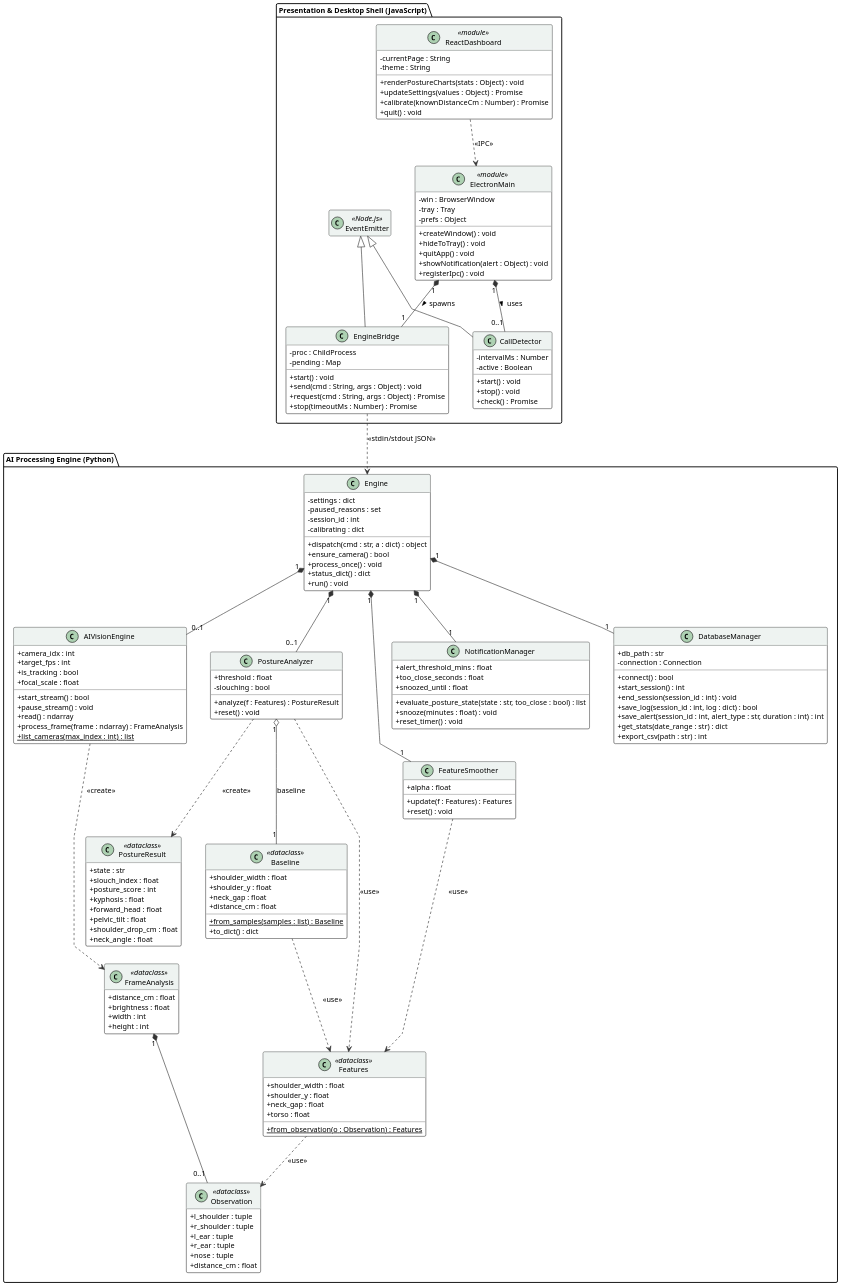
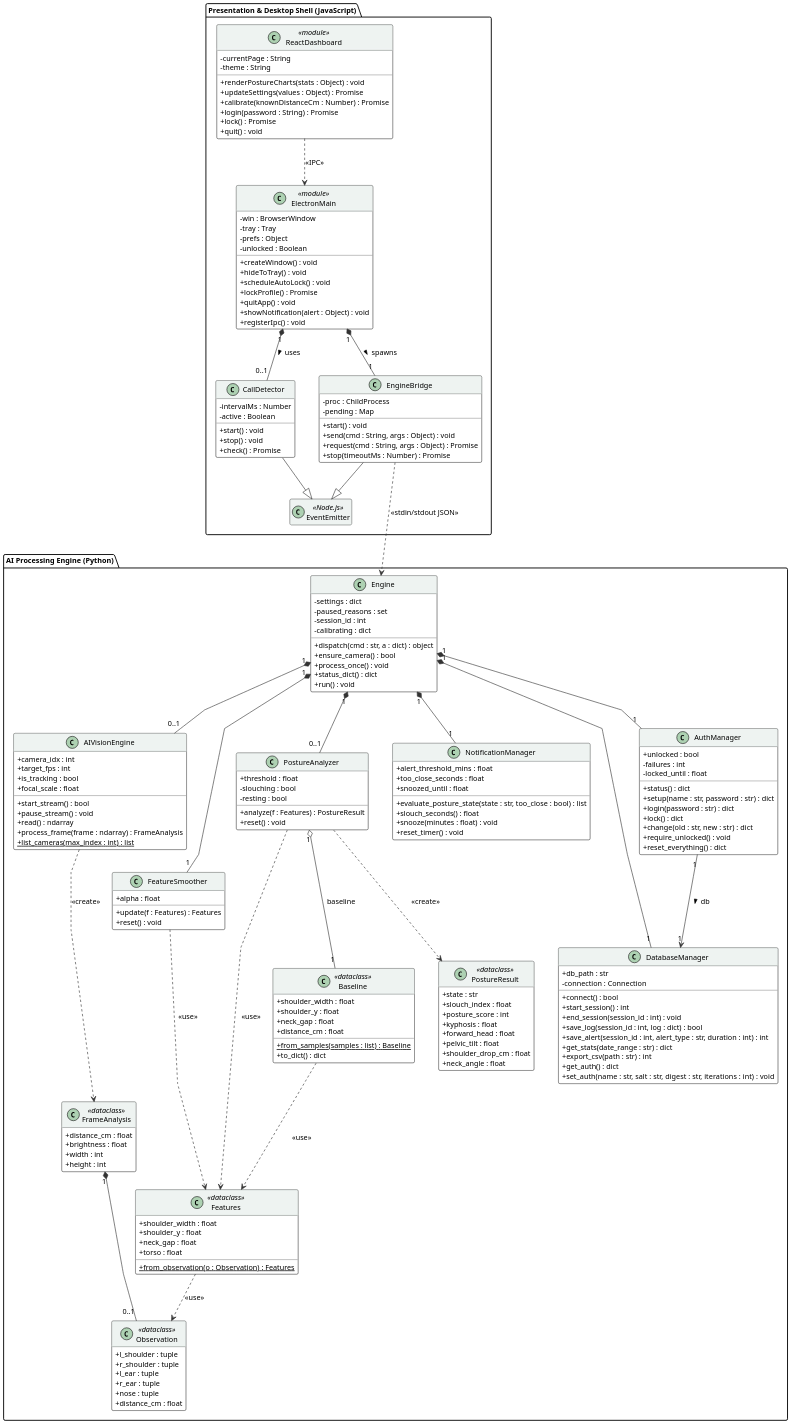
One commit to ahsanjutt5844-bit/desk-health-ai changed the diagram in docs/phase3-diagrams/classes.puml. Above: the diagram before and after it, drawn with PlantUML. The commit also changed 7 other files, not shown here.

First line of the commit message:
Phase 3 SDS: Sprint 9 progress, security layer, corrected diagrams

```diff
--- a/docs/phase3-diagrams/classes.puml
+++ b/docs/phase3-diagrams/classes.puml
@@ -1,171 +1,195 @@
 @startuml classes
 skinparam dpi 170
 skinparam shadowing false
 skinparam defaultFontName Arial
 skinparam defaultFontSize 12
 skinparam classAttributeIconSize 0
 skinparam linetype polyline
 skinparam nodesep 40
 skinparam ranksep 60
 skinparam class {
   BackgroundColor #FFFFFF
   BorderColor #333333
   ArrowColor #333333
   HeaderBackgroundColor #EEF3F1
 }
 hide empty members
 
 package "Presentation & Desktop Shell (JavaScript)" {
   class ReactDashboard <<module>> {
     - currentPage : String
     - theme : String
     + renderPostureCharts(stats : Object) : void
     + updateSettings(values : Object) : Promise
     + calibrate(knownDistanceCm : Number) : Promise
+    + login(password : String) : Promise
+    + lock() : Promise
     + quit() : void
   }
   class ElectronMain <<module>> {
     - win : BrowserWindow
     - tray : Tray
     - prefs : Object
+    - unlocked : Boolean
     + createWindow() : void
     + hideToTray() : void
+    + scheduleAutoLock() : void
+    + lockProfile() : Promise
     + quitApp() : void
     + showNotification(alert : Object) : void
     + registerIpc() : void
   }
   class EventEmitter <<Node.js>>
+  class CallDetector {
+    - intervalMs : Number
+    - active : Boolean
+    + start() : void
+    + stop() : void
+    + check() : Promise
+  }
   class EngineBridge {
     - proc : ChildProcess
     - pending : Map
     + start() : void
     + send(cmd : String, args : Object) : void
     + request(cmd : String, args : Object) : Promise
     + stop(timeoutMs : Number) : Promise
-  }
-  class CallDetector {
-    - intervalMs : Number
-    - active : Boolean
-    + start() : void
-    + stop() : void
-    + check() : Promise
   }
 }
 
 package "AI Processing Engine (Python)" {
   class Engine {
     - settings : dict
     - paused_reasons : set
     - session_id : int
     - calibrating : dict
     + dispatch(cmd : str, a : dict) : object
     + ensure_camera() : bool
     + process_once() : void
     + status_dict() : dict
     + run() : void
   }
   class AIVisionEngine {
     + camera_idx : int
     + target_fps : int
     + is_tracking : bool
     + focal_scale : float
     + start_stream() : bool
     + pause_stream() : void
     + read() : ndarray
     + process_frame(frame : ndarray) : FrameAnalysis
     + {static} list_cameras(max_index : int) : list
   }
   class FrameAnalysis <<dataclass>> {
     + distance_cm : float
     + brightness : float
     + width : int
     + height : int
   }
   class Observation <<dataclass>> {
     + l_shoulder : tuple
     + r_shoulder : tuple
     + l_ear : tuple
     + r_ear : tuple
     + nose : tuple
     + distance_cm : float
   }
   class Features <<dataclass>> {
     + shoulder_width : float
     + shoulder_y : float
     + neck_gap : float
     + torso : float
     + {static} from_observation(o : Observation) : Features
   }
   class FeatureSmoother {
     + alpha : float
     + update(f : Features) : Features
     + reset() : void
   }
   class Baseline <<dataclass>> {
     + shoulder_width : float
     + shoulder_y : float
     + neck_gap : float
     + distance_cm : float
     + {static} from_samples(samples : list) : Baseline
     + to_dict() : dict
   }
   class PostureAnalyzer {
     + threshold : float
     - slouching : bool
+    - resting : bool
     + analyze(f : Features) : PostureResult
     + reset() : void
   }
   class PostureResult <<dataclass>> {
     + state : str
     + slouch_index : float
     + posture_score : int
     + kyphosis : float
     + forward_head : float
     + pelvic_tilt : float
     + shoulder_drop_cm : float
     + neck_angle : float
   }
   class NotificationManager {
     + alert_threshold_mins : float
     + too_close_seconds : float
     + snoozed_until : float
     + evaluate_posture_state(state : str, too_close : bool) : list
+    + slouch_seconds() : float
     + snooze(minutes : float) : void
     + reset_timer() : void
   }
   class DatabaseManager {
     + db_path : str
     - connection : Connection
     + connect() : bool
     + start_session() : int
     + end_session(session_id : int) : void
     + save_log(session_id : int, log : dict) : bool
     + save_alert(session_id : int, alert_type : str, duration : int) : int
     + get_stats(date_range : str) : dict
     + export_csv(path : str) : int
+    + get_auth() : dict
+    + set_auth(name : str, salt : str, digest : str, iterations : int) : void
+  }
+  class AuthManager {
+    + unlocked : bool
+    - failures : int
+    - locked_until : float
+    + status() : dict
+    + setup(name : str, password : str) : dict
+    + login(password : str) : dict
+    + lock() : dict
+    + change(old : str, new : str) : dict
+    + require_unlocked() : void
+    + reset_everything() : dict
   }
 }
 
-EventEmitter <|-- EngineBridge
-EventEmitter <|-- CallDetector
+CallDetector --|> EventEmitter
+EngineBridge --|> EventEmitter
+EventEmitter -[hidden]down- Engine
 
 ElectronMain "1" *-- "1" EngineBridge : spawns >
 ElectronMain "1" *-- "0..1" CallDetector : uses >
 ReactDashboard ..> ElectronMain : <<IPC>>
 EngineBridge ..> Engine : <<stdin/stdout JSON>>
 
 Engine "1" *-- "1" DatabaseManager
+Engine "1" *-- "1" AuthManager
+AuthManager "1" --> "1" DatabaseManager : db >
 Engine "1" *-- "1" NotificationManager
 Engine "1" *-- "1" FeatureSmoother
 Engine "1" *-- "0..1" AIVisionEngine
 Engine "1" *-- "0..1" PostureAnalyzer
 PostureAnalyzer "1" o-- "1" Baseline : baseline
 
 AIVisionEngine ..> FrameAnalysis : <<create>>
 FrameAnalysis "1" *-- "0..1" Observation
 Features ..> Observation : <<use>>
 FeatureSmoother ..> Features : <<use>>
 Baseline ..> Features : <<use>>
 PostureAnalyzer ..> Features : <<use>>
 PostureAnalyzer ..> PostureResult : <<create>>
 @enduml
```
